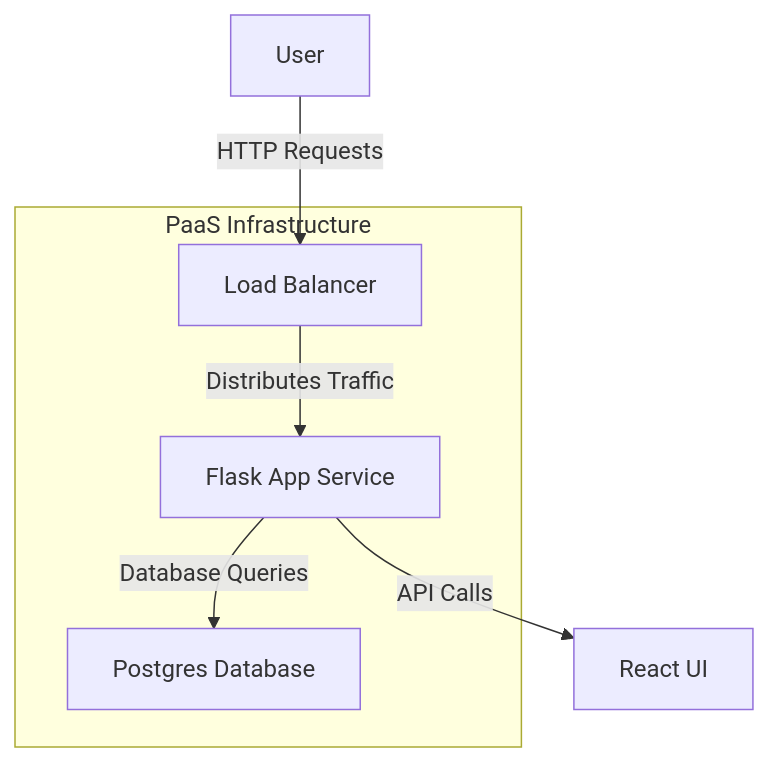
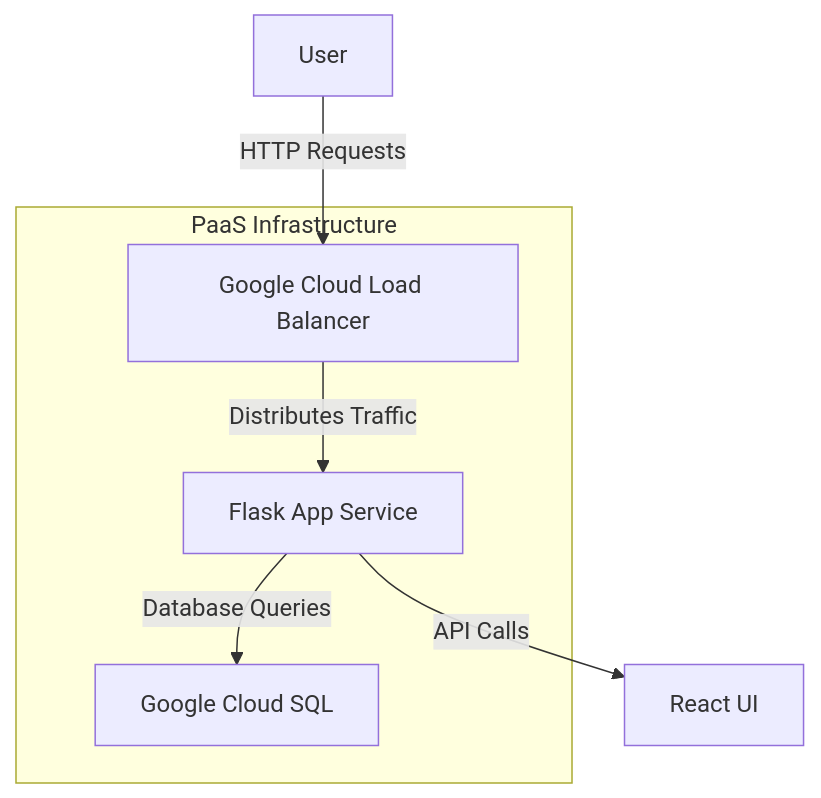
One commit to Klamichhane738/Lab2 changed the third of 3 diagrams in Lab2.md. Above: the diagram before and after it, drawn with Mermaid. The commit also changed other lines of this file, not shown here.

````diff
--- a/Lab2.md
+++ b/Lab2.md
@@ -49,12 +51,12 @@
 ```mermaid
 graph TD
-    User -->|HTTP Requests| LoadBalancer[Load Balancer]
-    LoadBalancer -->|Distributes Traffic| AppService[Flask App Service]
-    AppService -->|Database Queries| Database[Postgres Database]
+    User -->|HTTP Requests| GCLB[Google Cloud Load Balancer]
+    GCLB -->|Distributes Traffic| AppService[Flask App Service]
+    AppService -->|Database Queries| CloudSQL[Google Cloud SQL]
     AppService -->|API Calls| Frontend[React UI]
     subgraph PaaS Infrastructure
-        LoadBalancer
+        GCLB
         AppService
-        Database
+        CloudSQL
     end
 ```
````
